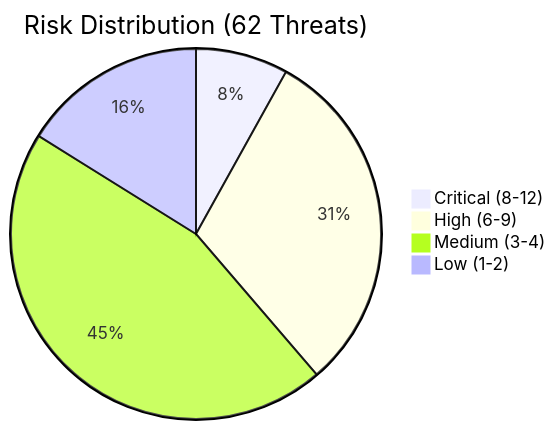
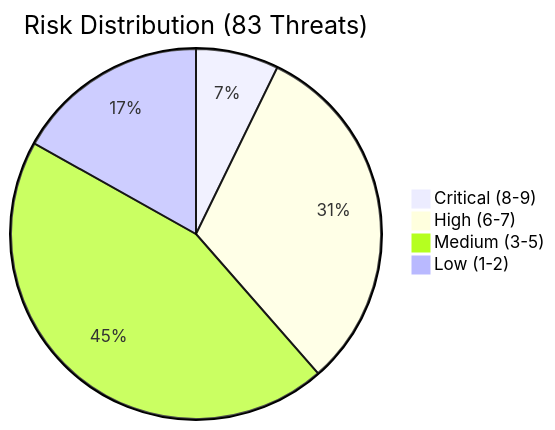
One commit to aws-samples/sample-genai-idp changed the diagram in security/threat-modeling/risk-assessment/risk-matrix.md. Above: the diagram before and after it, drawn with Mermaid. The commit also changed other lines of this file and 26 other files, not shown here.

````diff
--- a/security/threat-modeling/risk-assessment/risk-matrix.md
+++ b/security/threat-modeling/risk-assessment/risk-matrix.md
@@ -125,7 +155,7 @@
 ```mermaid
-pie title Risk Distribution (62 Threats)
-    "Critical (8-12)" : 5
-    "High (6-9)" : 19
-    "Medium (3-4)" : 28
-    "Low (1-2)" : 10
+pie title Risk Distribution (83 Threats)
+    "Critical (8-9)" : 6
+    "High (6-7)" : 26
+    "Medium (3-5)" : 37
+    "Low (1-2)" : 14
 ```
````
